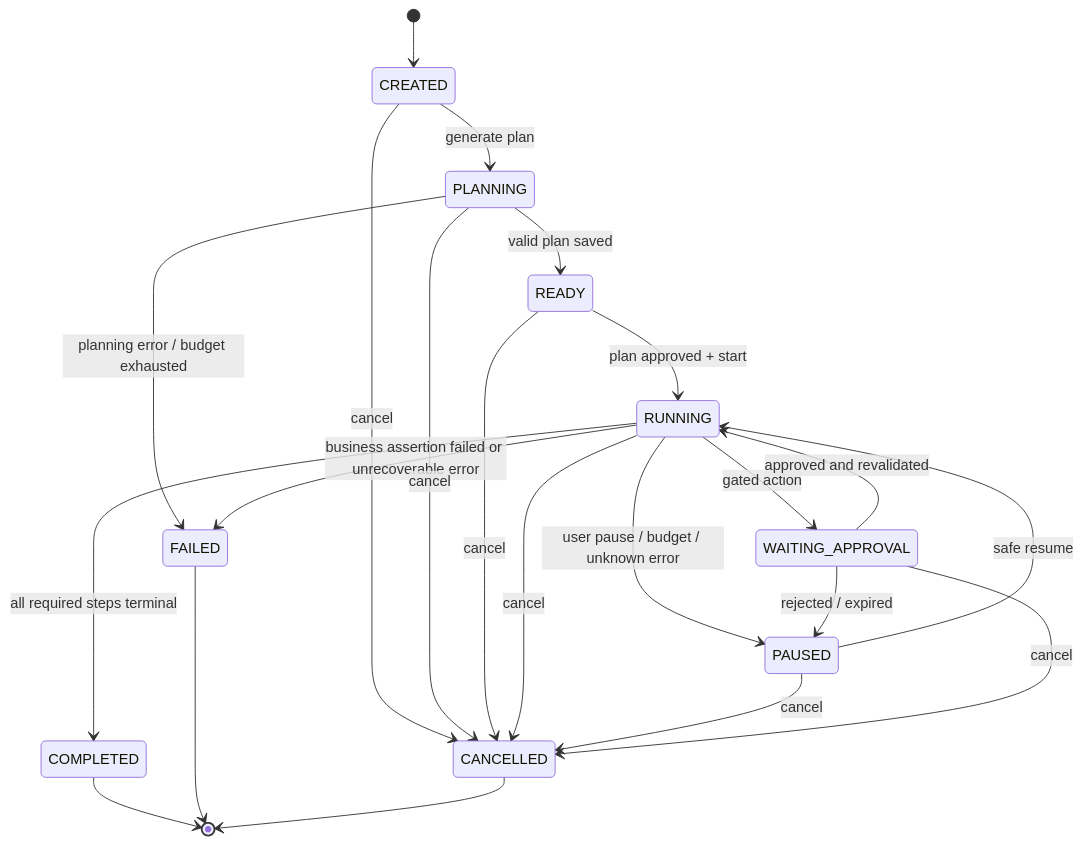
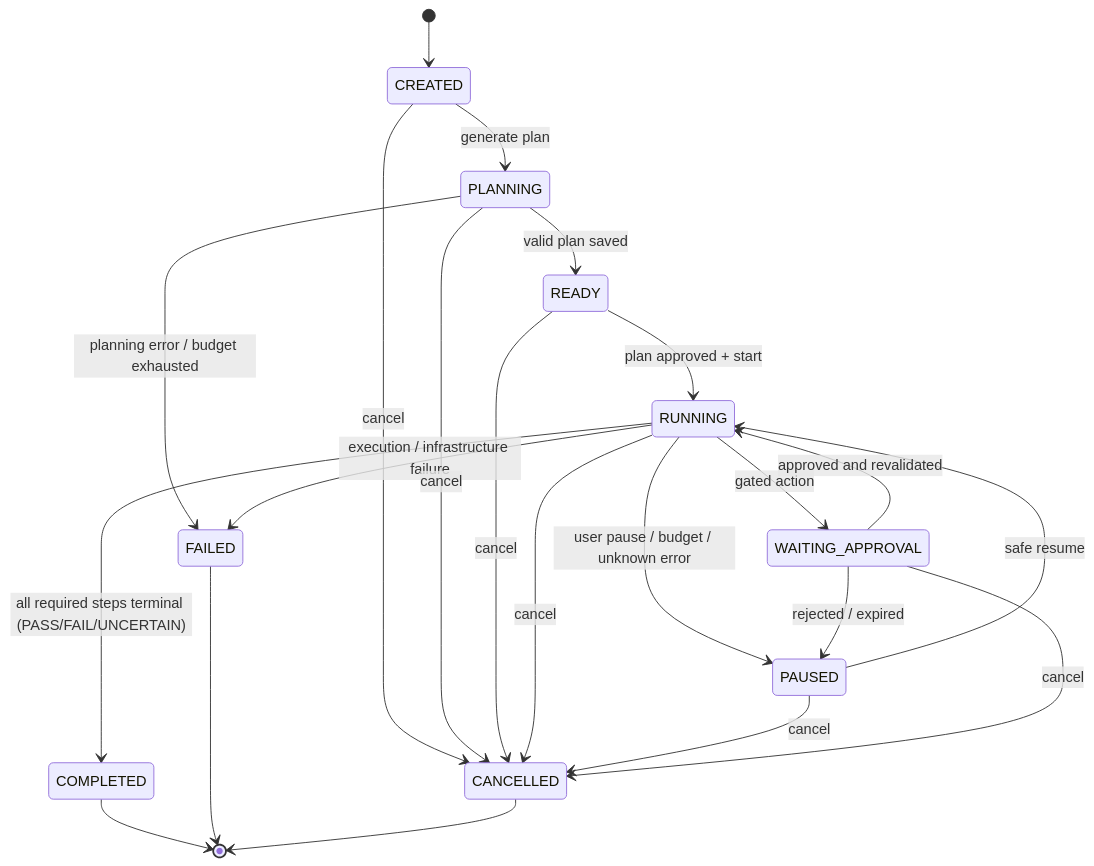
Before and after one commit to Ey1111/sentinel-ai-release-qa-agent: the fifth of 5 diagrams in docs/architecture.md, drawn with Mermaid. The commit also changed other lines of this file and 99 other files, not shown here.

````diff
--- a/docs/architecture.md
+++ b/docs/architecture.md
@@ -152,24 +155,24 @@
 ```mermaid
 stateDiagram-v2
     [*] --> CREATED
     CREATED --> PLANNING: generate plan
     PLANNING --> READY: valid plan saved
     PLANNING --> FAILED: planning error / budget exhausted
     READY --> RUNNING: plan approved + start
     RUNNING --> PAUSED: user pause / budget / unknown error
     RUNNING --> WAITING_APPROVAL: gated action
     WAITING_APPROVAL --> RUNNING: approved and revalidated
     WAITING_APPROVAL --> PAUSED: rejected / expired
     PAUSED --> RUNNING: safe resume
-    RUNNING --> COMPLETED: all required steps terminal
-    RUNNING --> FAILED: business assertion failed or unrecoverable error
+    RUNNING --> COMPLETED: all required steps terminal (PASS/FAIL/UNCERTAIN)
+    RUNNING --> FAILED: execution / infrastructure failure
     CREATED --> CANCELLED: cancel
     PLANNING --> CANCELLED: cancel
     READY --> CANCELLED: cancel
     RUNNING --> CANCELLED: cancel
     PAUSED --> CANCELLED: cancel
     WAITING_APPROVAL --> CANCELLED: cancel
     COMPLETED --> [*]
     FAILED --> [*]
     CANCELLED --> [*]
 ```
````
